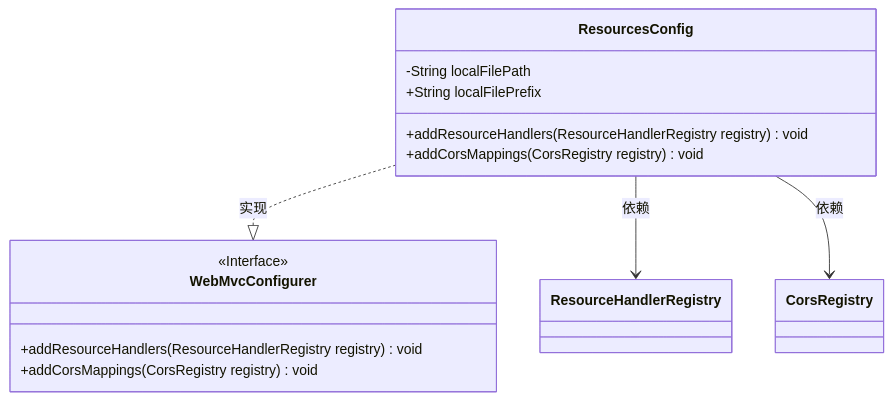
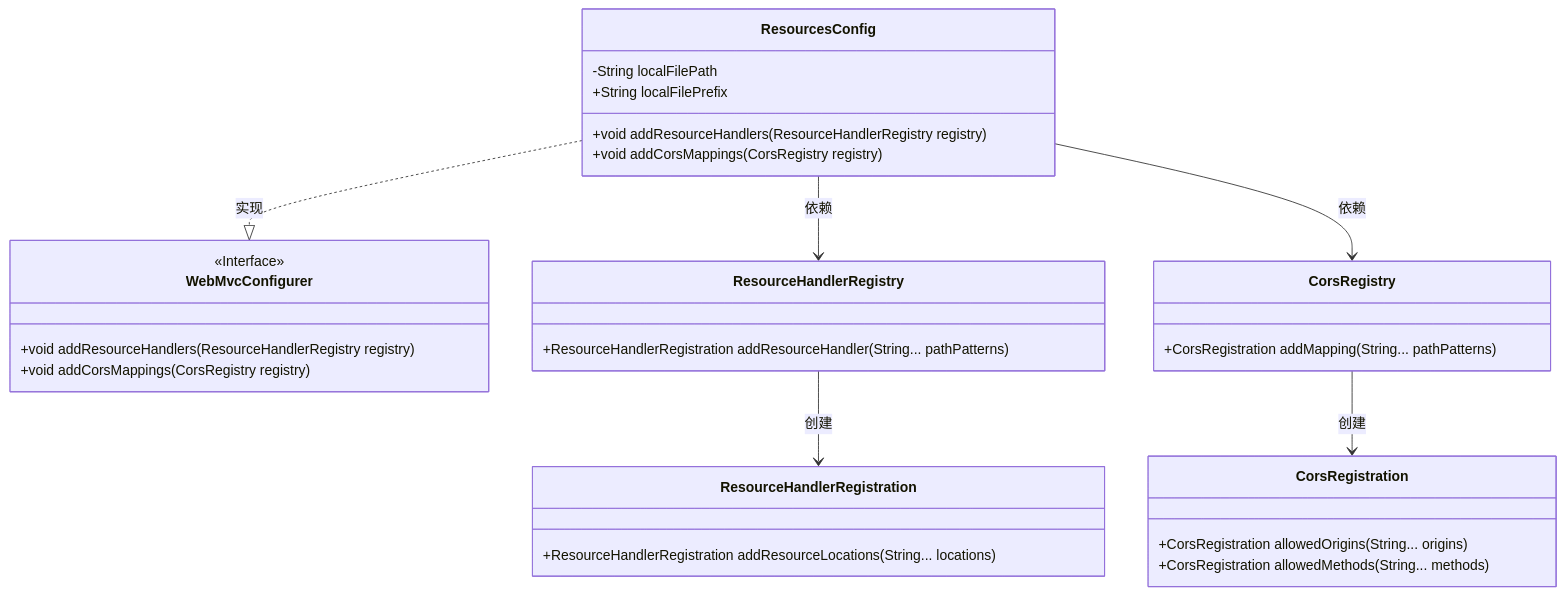
One commit to v-wjrong/imrrong_weixin-java-miniapp-demo changed the first of 2 diagrams in docs/zh/docs/src/main/java/com/github/binarywang/demo/wx/miniapp/config/ResourcesConfig.md. Above: the diagram before and after it, drawn with Mermaid. The commit also changed other lines of this file and 51 other files, not shown here.

````diff
--- a/docs/zh/docs/src/main/java/com/github/binarywang/demo/wx/miniapp/config/ResourcesConfig.md
+++ b/docs/zh/docs/src/main/java/com/github/binarywang/demo/wx/miniapp/config/ResourcesConfig.md
@@ -36,19 +36,38 @@
 ```mermaid
 classDiagram
     class ResourcesConfig {
         -String localFilePath
         +String localFilePrefix
-        +addResourceHandlers(ResourceHandlerRegistry registry) void
-        +addCorsMappings(CorsRegistry registry) void
+        +void addResourceHandlers(ResourceHandlerRegistry registry)
+        +void addCorsMappings(CorsRegistry registry)
     }
 
     class WebMvcConfigurer {
         <<Interface>>
-        +addResourceHandlers(ResourceHandlerRegistry registry) void
-        +addCorsMappings(CorsRegistry registry) void
+        +void addResourceHandlers(ResourceHandlerRegistry registry)
+        +void addCorsMappings(CorsRegistry registry)
+    }
+
+    class ResourceHandlerRegistry {
+        +ResourceHandlerRegistration addResourceHandler(String... pathPatterns)
+    }
+
+    class CorsRegistry {
+        +CorsRegistration addMapping(String... pathPatterns)
+    }
+
+    class ResourceHandlerRegistration {
+        +ResourceHandlerRegistration addResourceLocations(String... locations)
+    }
+
+    class CorsRegistration {
+        +CorsRegistration allowedOrigins(String... origins)
+        +CorsRegistration allowedMethods(String... methods)
     }
 
     ResourcesConfig ..|> WebMvcConfigurer : 实现
     ResourcesConfig --> ResourceHandlerRegistry : 依赖
     ResourcesConfig --> CorsRegistry : 依赖
+    ResourceHandlerRegistry --> ResourceHandlerRegistration : 创建
+    CorsRegistry --> CorsRegistration : 创建
 ```
````
